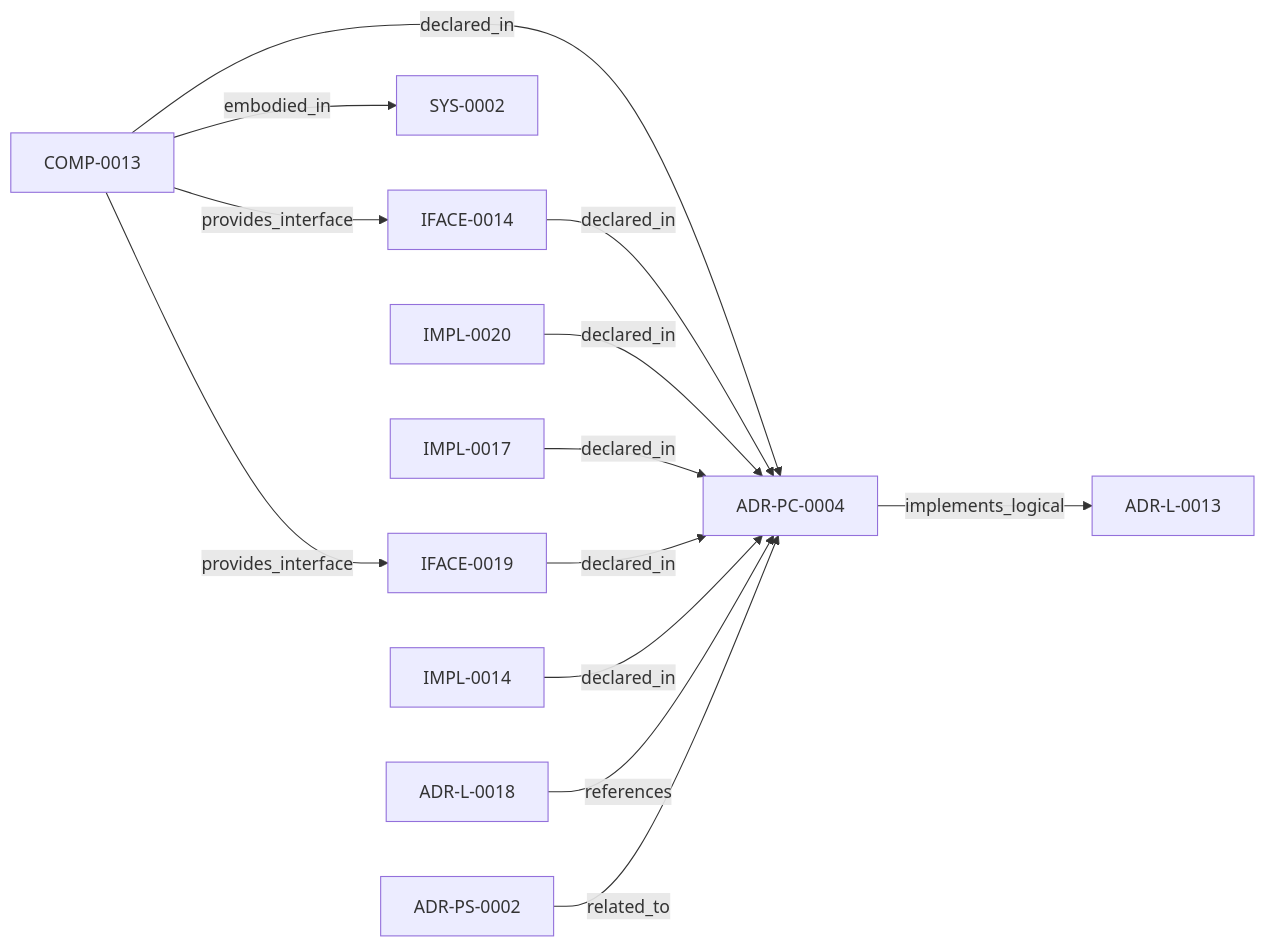
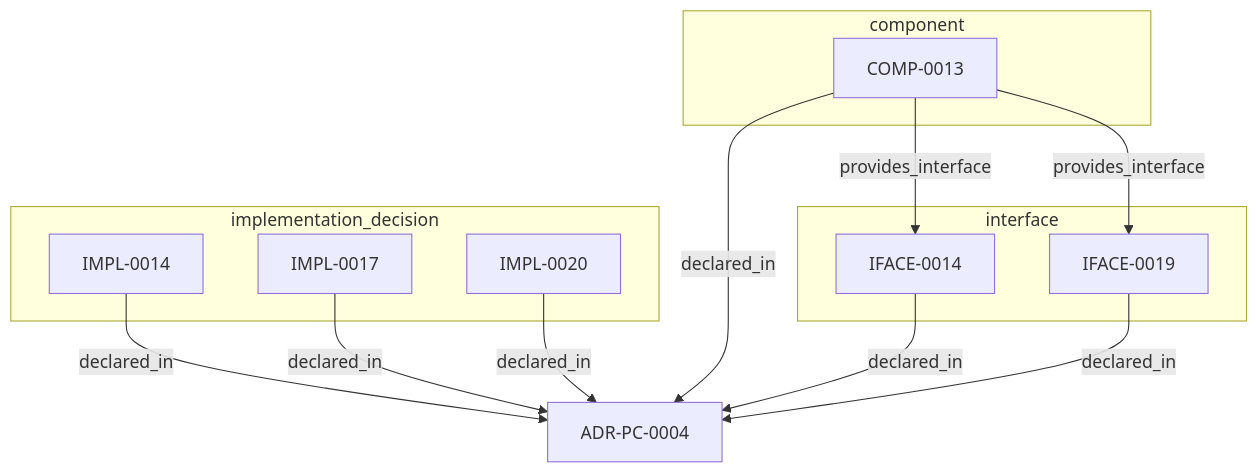
One commit to egallmann/adr-architecture-kit changed the third of 3 diagrams in adrs/adr-projection/physical-component/ADR-PC-0004-repository-boundary-and-normalized-semantic-model.md. Above: the diagram before and after it, drawn with Mermaid. The commit also changed other lines of this file and 177 other files, not shown here.

````diff
--- a/adrs/adr-projection/physical-component/ADR-PC-0004-repository-boundary-and-normalized-semantic-model.md
+++ b/adrs/adr-projection/physical-component/ADR-PC-0004-repository-boundary-and-normalized-semantic-model.md
@@ -53,26 +90,24 @@
 ```mermaid
-flowchart LR
-  n_019fee89_e616_7c4e_953c_b7349412a784["ADR-L-0013"]
-  n_019fee89_e617_7f4d_811d_4862645a55c5["ADR-L-0018"]
-  n_019fee89_e618_713e_a017_5b417ef9ac9f["SYS-0002"]
+flowchart TB
   n_019fee89_e618_73ce_aa2d_101276d64e33["ADR-PC-0004"]
-  n_019fee89_e618_74d1_9a1f_37e2c2982a51["COMP-0013"]
-  n_019fee89_e618_74e7_882f_04f858aecaf0["IFACE-0014"]
-  n_019fee89_e618_7b04_b51a_7fbc8721b160["IMPL-0020"]
-  n_019fee89_e618_7d01_943b_f749d6ba44ac["IMPL-0017"]
-  n_019fee89_e618_7d04_9337_4aa2d3258507["ADR-PS-0002"]
-  n_019fee89_e618_7dab_893c_05d961de3a7d["IFACE-0019"]
-  n_019fee89_e618_7f57_861b_526925c708f6["IMPL-0014"]
+  subgraph sg_component["component"]
+    n_019fee89_e618_74d1_9a1f_37e2c2982a51["COMP-0013"]
+  end
+  subgraph sg_interface["interface"]
+    n_019fee89_e618_74e7_882f_04f858aecaf0["IFACE-0014"]
+    n_019fee89_e618_7dab_893c_05d961de3a7d["IFACE-0019"]
+  end
+  subgraph sg_implementation_decision["implementation_decision"]
+    n_019fee89_e618_7f57_861b_526925c708f6["IMPL-0014"]
+    n_019fee89_e618_7d01_943b_f749d6ba44ac["IMPL-0017"]
+    n_019fee89_e618_7b04_b51a_7fbc8721b160["IMPL-0020"]
+  end
   n_019fee89_e618_74d1_9a1f_37e2c2982a51 -->|"declared_in"| n_019fee89_e618_73ce_aa2d_101276d64e33
   n_019fee89_e618_74e7_882f_04f858aecaf0 -->|"declared_in"| n_019fee89_e618_73ce_aa2d_101276d64e33
   n_019fee89_e618_7b04_b51a_7fbc8721b160 -->|"declared_in"| n_019fee89_e618_73ce_aa2d_101276d64e33
   n_019fee89_e618_7d01_943b_f749d6ba44ac -->|"declared_in"| n_019fee89_e618_73ce_aa2d_101276d64e33
   n_019fee89_e618_7dab_893c_05d961de3a7d -->|"declared_in"| n_019fee89_e618_73ce_aa2d_101276d64e33
   n_019fee89_e618_7f57_861b_526925c708f6 -->|"declared_in"| n_019fee89_e618_73ce_aa2d_101276d64e33
-  n_019fee89_e618_74d1_9a1f_37e2c2982a51 -->|"embodied_in"| n_019fee89_e618_713e_a017_5b417ef9ac9f
-  n_019fee89_e618_73ce_aa2d_101276d64e33 -->|"implements_logical"| n_019fee89_e616_7c4e_953c_b7349412a784
   n_019fee89_e618_74d1_9a1f_37e2c2982a51 -->|"provides_interface"| n_019fee89_e618_74e7_882f_04f858aecaf0
   n_019fee89_e618_74d1_9a1f_37e2c2982a51 -->|"provides_interface"| n_019fee89_e618_7dab_893c_05d961de3a7d
-  n_019fee89_e617_7f4d_811d_4862645a55c5 -->|"references"| n_019fee89_e618_73ce_aa2d_101276d64e33
-  n_019fee89_e618_7d04_9337_4aa2d3258507 -->|"related_to"| n_019fee89_e618_73ce_aa2d_101276d64e33
 ```
````
